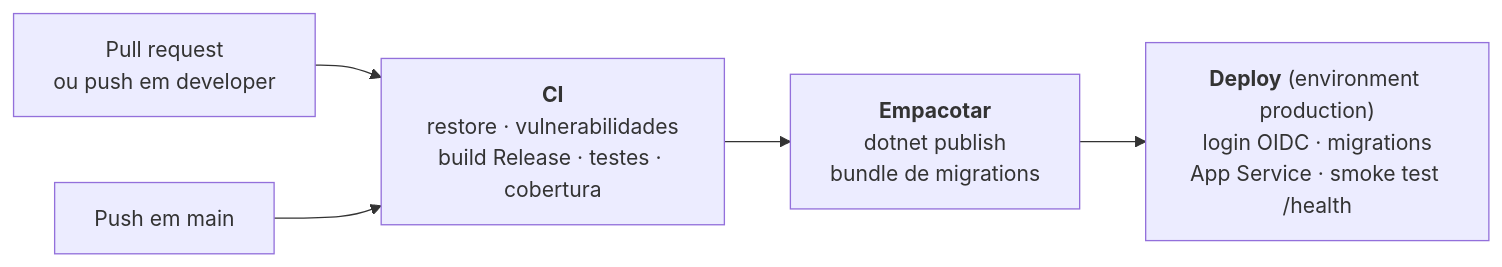
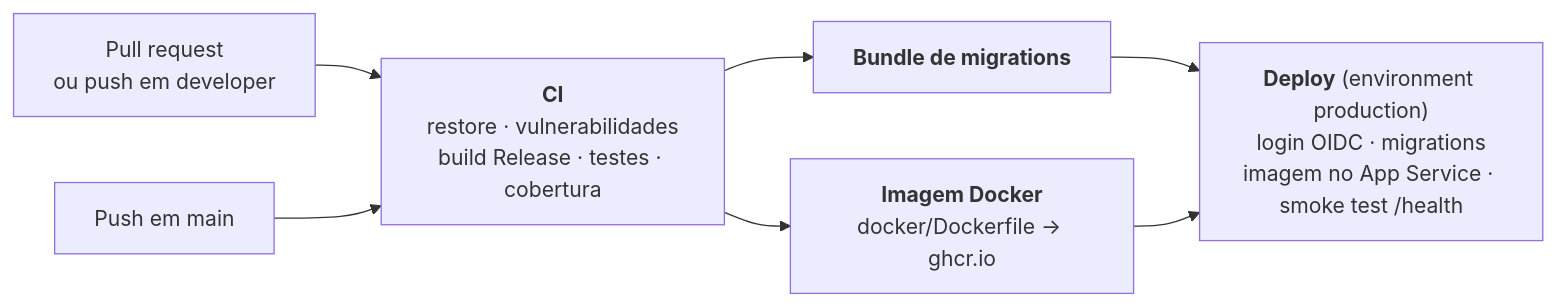
The third of 3 diagrams in README.md (Rodrigosdk/PolicyDesk), drawn with Mermaid before and after one commit. The commit also changed other lines of this file and 6 other files, not shown here.

First line of the commit message:
Publicar a API como imagem Docker e corrigir o bundle de migrations no CD (#21)

````diff
--- a/README.md
+++ b/README.md
@@ -327,8 +327,10 @@
 ```mermaid
 flowchart LR
     PR["Pull request<br/>ou push em developer"] --> CI
     MAIN["Push em main"] --> CI
-    CI["<b>CI</b><br/>restore · vulnerabilidades<br/>build Release · testes · cobertura"] --> PKG
-    PKG["<b>Empacotar</b><br/>dotnet publish<br/>bundle de migrations"] --> DEP
-    DEP["<b>Deploy</b> (environment production)<br/>login OIDC · migrations<br/>App Service · smoke test /health"]
+    CI["<b>CI</b><br/>restore · vulnerabilidades<br/>build Release · testes · cobertura"] --> MIG
+    CI --> IMG
+    MIG["<b>Bundle de migrations</b>"] --> DEP
+    IMG["<b>Imagem Docker</b><br/>docker/Dockerfile → ghcr.io"] --> DEP
+    DEP["<b>Deploy</b> (environment production)<br/>login OIDC · migrations<br/>imagem no App Service · smoke test /health"]
 ```
````
